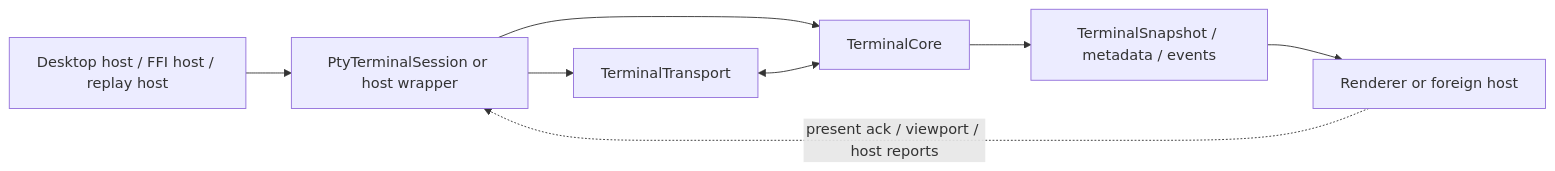
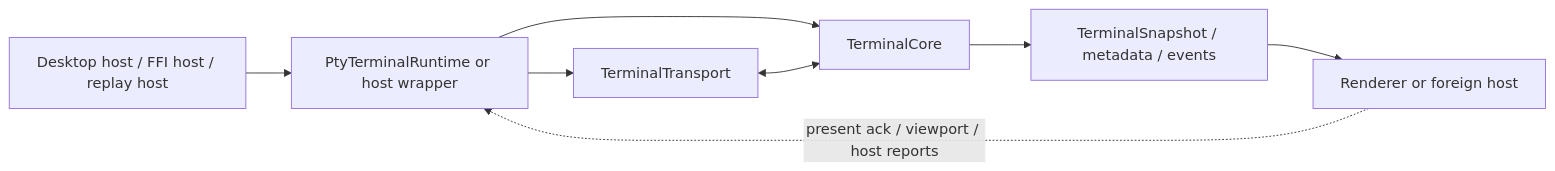
The first of 8 diagrams in app_architecture/terminal/VT_CORE_DESIGN.md (LaurenceGuws/Zide), drawn with Mermaid before and after one commit. The commit also changed other lines of this file and 59 other files, not shown here.

Commit message:
Break terminal barrel and split runtime publication surfaces

````diff
--- a/app_architecture/terminal/VT_CORE_DESIGN.md
+++ b/app_architecture/terminal/VT_CORE_DESIGN.md
@@ -116,10 +130,10 @@
 ```mermaid
 flowchart LR
-    Host["Desktop host / FFI host / replay host"] --> Session["PtyTerminalSession or host wrapper"]
+    Host["Desktop host / FFI host / replay host"] --> Session["PtyTerminalRuntime or host wrapper"]
     Session --> Transport["TerminalTransport"]
     Session --> Core["TerminalCore"]
     Transport <--> Core
     Core --> Publication["TerminalSnapshot / metadata / events"]
     Publication --> Renderer["Renderer or foreign host"]
     Renderer -. present ack / viewport / host reports .-> Session
 ```
````
